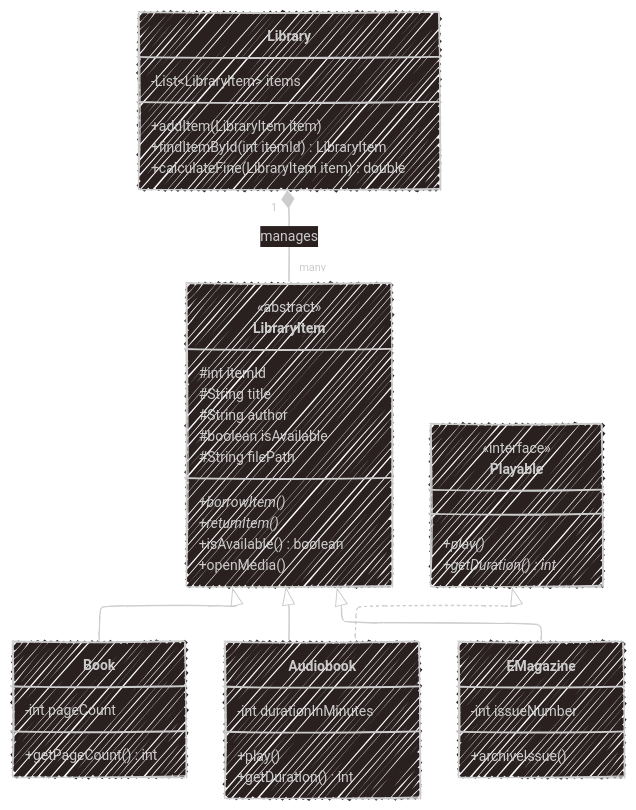
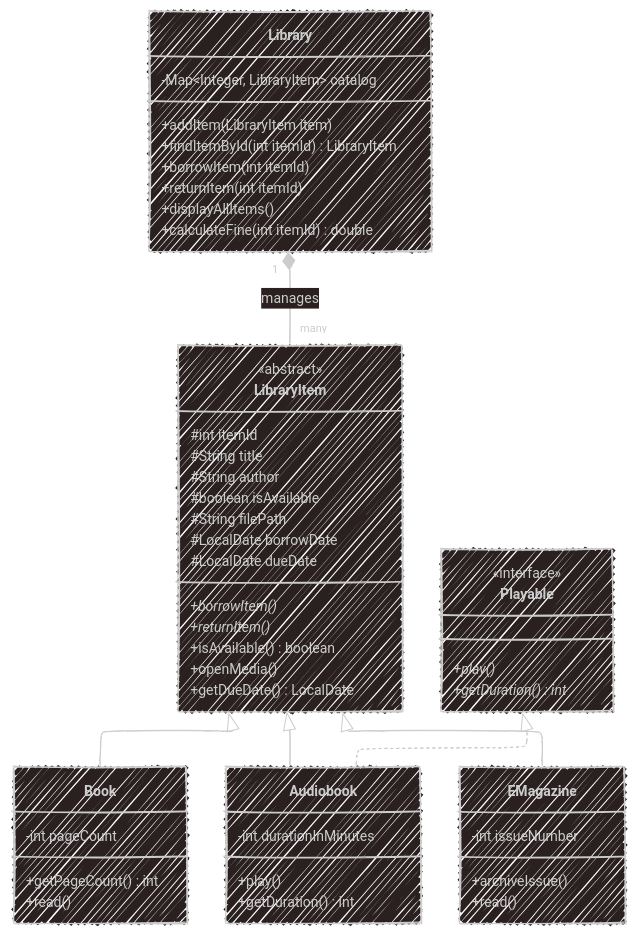
One commit to ejdotp/LibraNet changed the diagram in README.md. Above: the diagram before and after it, drawn with Mermaid.

````diff
--- a/README.md
+++ b/README.md
@@ -42,58 +42,66 @@
 ```mermaid
 ---
 config:
   theme: neo-dark
   look: handDrawn
   layout: elk
 ---
 classDiagram
 direction TB
     class LibraryItem {
         <<abstract>>
         #int itemId
         #String title
         #String author
         #boolean isAvailable
         #String filePath
+        #LocalDate borrowDate
+        #LocalDate dueDate
         +borrowItem()*
         +returnItem()*
         +isAvailable() boolean
         +openMedia()
+        +getDueDate() LocalDate
     }
 
     class Playable {
         <<interface>>
         +play()*
         +getDuration() int*
     }
 
     class Book {
         -int pageCount
         +getPageCount() int
+        +read()
     }
 
     class Audiobook {
         -int durationInMinutes
         +play()
         +getDuration() int
     }
 
     class EMagazine {
         -int issueNumber
         +archiveIssue()
+        +read()
     }
     
     class Library {
-        -List~LibraryItem~ items
+        -Map~Integer, LibraryItem~ catalog
         +addItem(LibraryItem item)
         +findItemById(int itemId) LibraryItem
-        +calculateFine(LibraryItem item) double
+        +borrowItem(int itemId)
+        +returnItem(int itemId)
+        +displayAllItems()
+        +calculateFine(int itemId) double
     }
 
     LibraryItem <|-- Book
     LibraryItem <|-- Audiobook
     LibraryItem <|-- EMagazine
     Playable <|.. Audiobook
     
     Library "1" *-- "many" LibraryItem : manages
 ```
````
